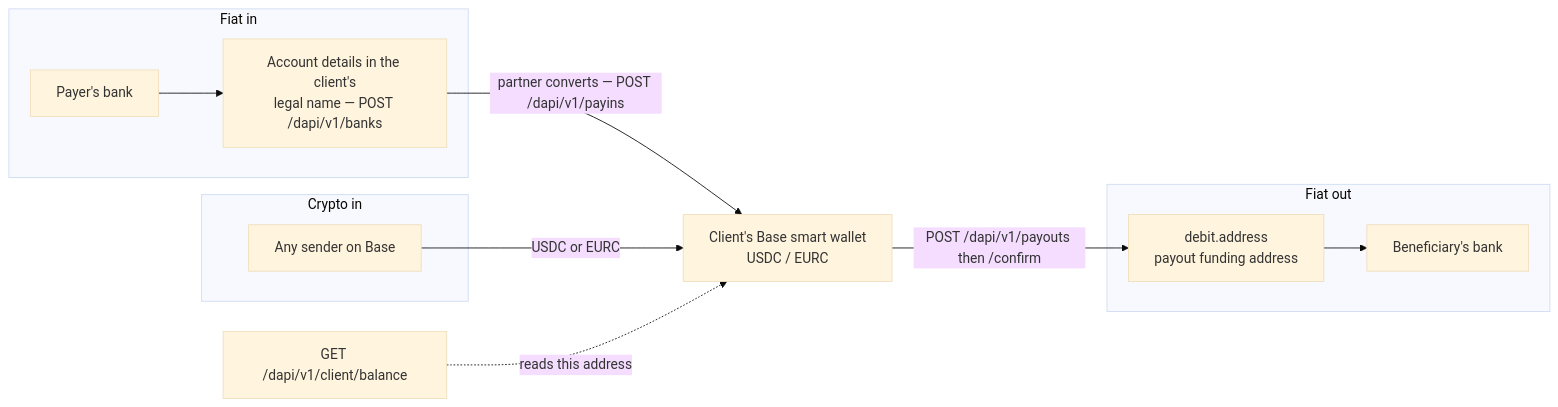
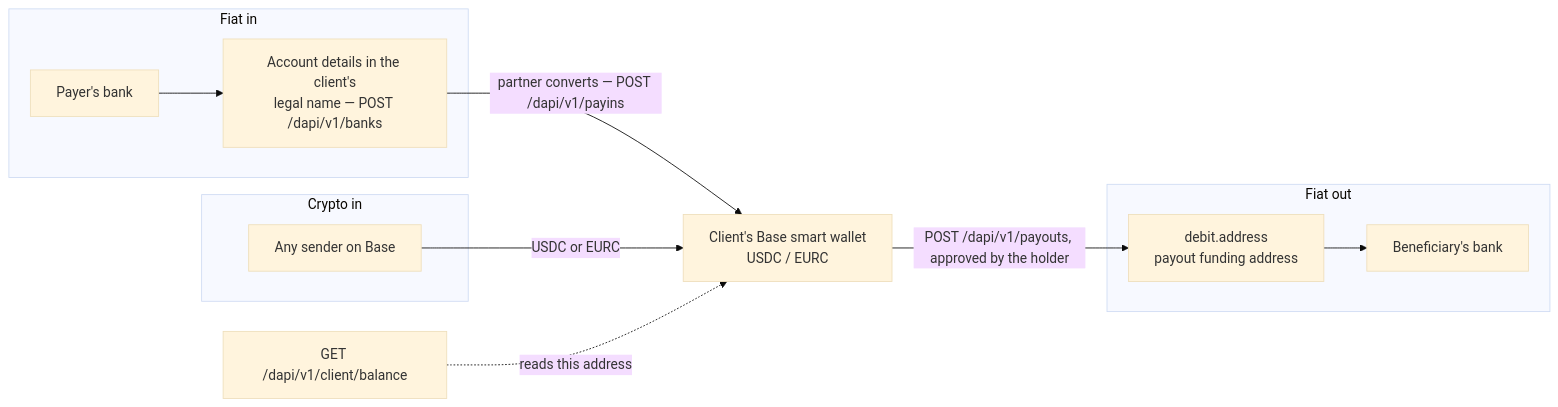
One commit to hevn-inc/docs changed the diagram in whitelabel/how-money-moves.mdx. Above: the diagram before and after it, drawn with Mermaid (base theme). The commit also changed other lines of this file and 29 other files, not shown here.

````diff
--- a/whitelabel/how-money-moves.mdx
+++ b/whitelabel/how-money-moves.mdx
@@ -9,17 +9,17 @@
 ```mermaid
 flowchart LR
     W["Client's Base smart wallet<br/>USDC / EURC"]
     subgraph In["Fiat in"]
         P["Payer's bank"] --> R["Account details in the client's<br/>legal name — POST /dapi/v1/banks"]
     end
     subgraph Crypto["Crypto in"]
         S["Any sender on Base"]
     end
     subgraph Out["Fiat out"]
         D["debit.address<br/>payout funding address"] --> RB["Beneficiary's bank"]
     end
     R -->|"partner converts — POST /dapi/v1/payins"| W
     S -->|"USDC or EURC"| W
-    W -->|"POST /dapi/v1/payouts then /confirm"| D
+    W -->|"POST /dapi/v1/payouts, approved by the holder"| D
     B["GET /dapi/v1/client/balance"] -.->|"reads this address"| W
 ```
````
